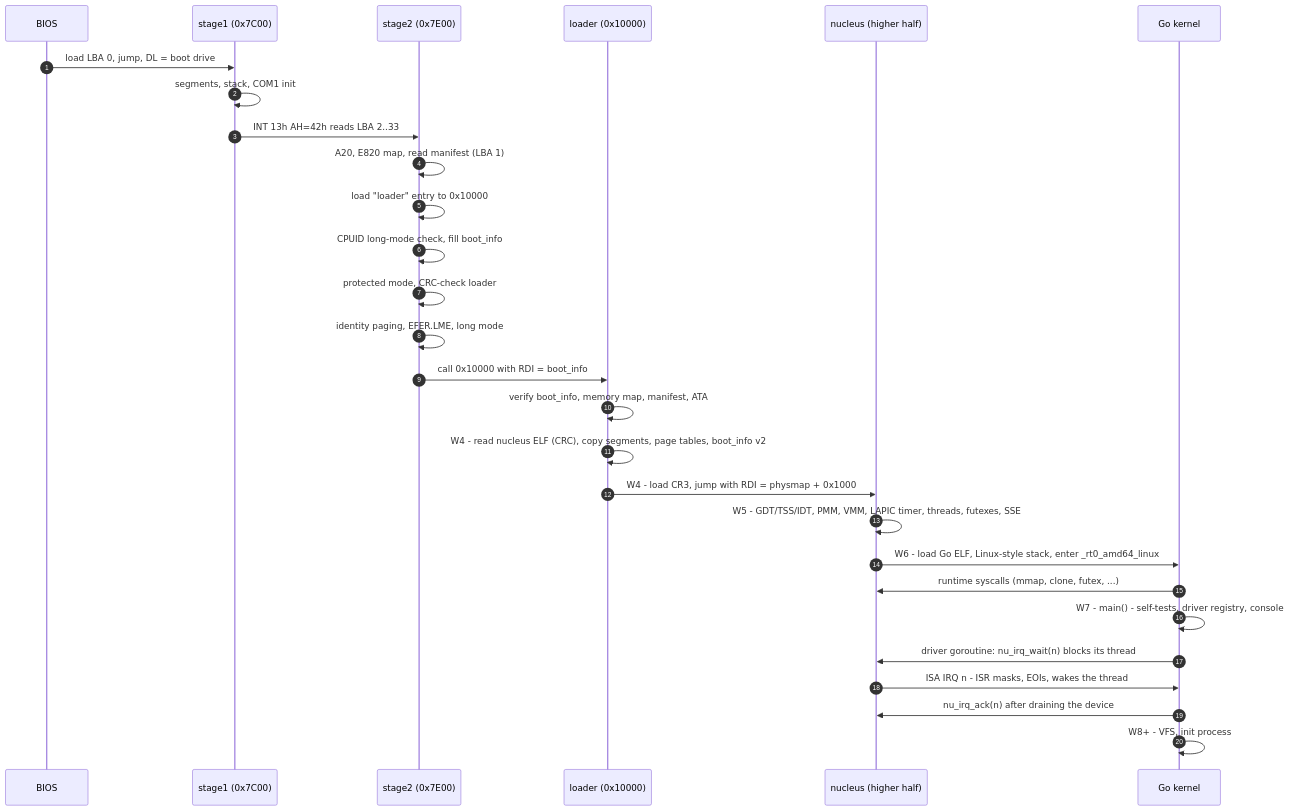
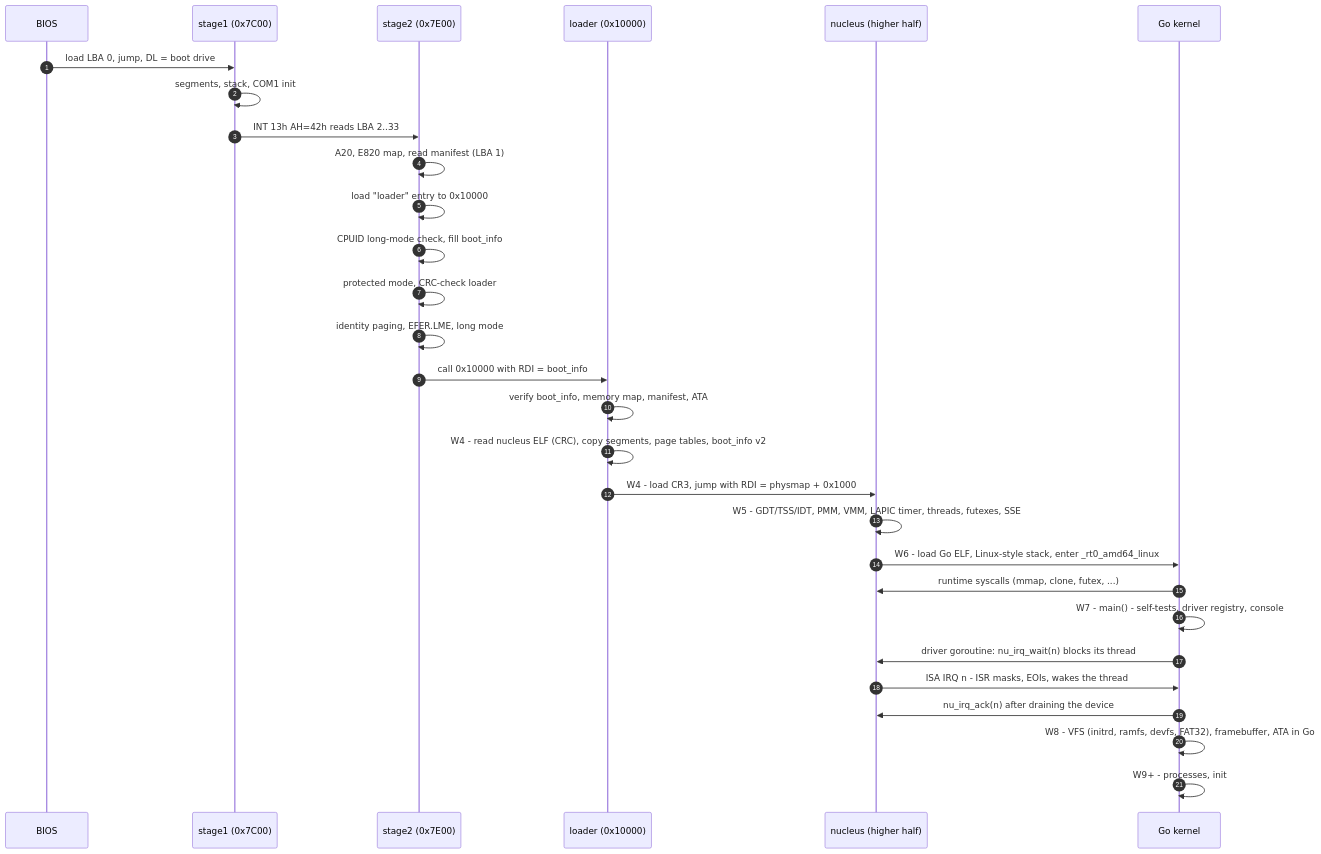
Before and after one commit to decagondev/burrow: the second of 10 diagrams in docs/02-architecture/ARCHITECTURE.md, drawn with Mermaid. The commit also changed 9 other files, not shown here.

First line of the commit message:
Wave 8 docs: DEVLOG milestone entry, README, CLAUDE.md, architecture

````diff
--- a/docs/02-architecture/ARCHITECTURE.md
+++ b/docs/02-architecture/ARCHITECTURE.md
@@ -68,30 +68,31 @@
 ```mermaid
 sequenceDiagram
     autonumber
     participant BIOS
     participant S1 as stage1 (0x7C00)
     participant S2 as stage2 (0x7E00)
     participant L as loader (0x10000)
     participant N as nucleus (higher half)
     participant G as Go kernel
     BIOS->>S1: load LBA 0, jump, DL = boot drive
     S1->>S1: segments, stack, COM1 init
     S1->>S2: INT 13h AH=42h reads LBA 2..33
     S2->>S2: A20, E820 map, read manifest (LBA 1)
     S2->>S2: load "loader" entry to 0x10000
     S2->>S2: CPUID long-mode check, fill boot_info
     S2->>S2: protected mode, CRC-check loader
     S2->>S2: identity paging, EFER.LME, long mode
     S2->>L: call 0x10000 with RDI = boot_info
     L->>L: verify boot_info, memory map, manifest, ATA
     L->>L: W4 - read nucleus ELF (CRC), copy segments, page tables, boot_info v2
     L->>N: W4 - load CR3, jump with RDI = physmap + 0x1000
     N->>N: W5 - GDT/TSS/IDT, PMM, VMM, LAPIC timer, threads, futexes, SSE
     N->>G: W6 - load Go ELF, Linux-style stack, enter _rt0_amd64_linux
     G->>N: runtime syscalls (mmap, clone, futex, ...)
     G->>G: W7 - main() - self-tests, driver registry, console
     G->>N: driver goroutine: nu_irq_wait(n) blocks its thread
     N->>G: ISA IRQ n - ISR masks, EOIs, wakes the thread
     G->>N: nu_irq_ack(n) after draining the device
-    G->>G: W8+ - VFS, init process
+    G->>G: W8 - VFS (initrd, ramfs, devfs, FAT32), framebuffer, ATA in Go
+    G->>G: W9+ - processes, init
 ```
````
